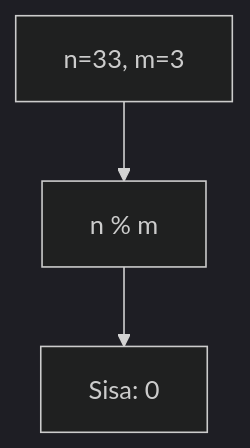
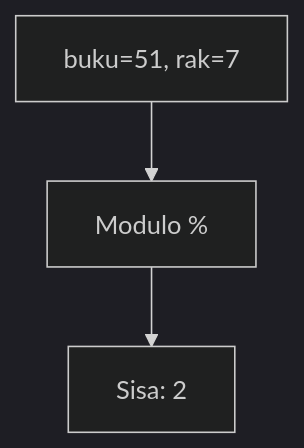
Before and after one commit to amnahwaida/OSNK_INF_PREP: diagram 11 of 25 in part-c-pemahaman-cpp/01-tipe-data/latihan/set-07.md, drawn with Mermaid (dark theme). The commit also changed other lines of this file and 71 other files, not shown here.

````diff
--- a/part-c-pemahaman-cpp/01-tipe-data/latihan/set-07.md
+++ b/part-c-pemahaman-cpp/01-tipe-data/latihan/set-07.md
@@ -293,5 +309,5 @@
 ```mermaid
 graph TD
-A["n=33, m=3"] --> B["n % m"]
-B --> C["Sisa: 0"]
+A["buku=51, rak=7"] --> B["Modulo %"]
+B --> C["Sisa: 2"]
 ```
````
